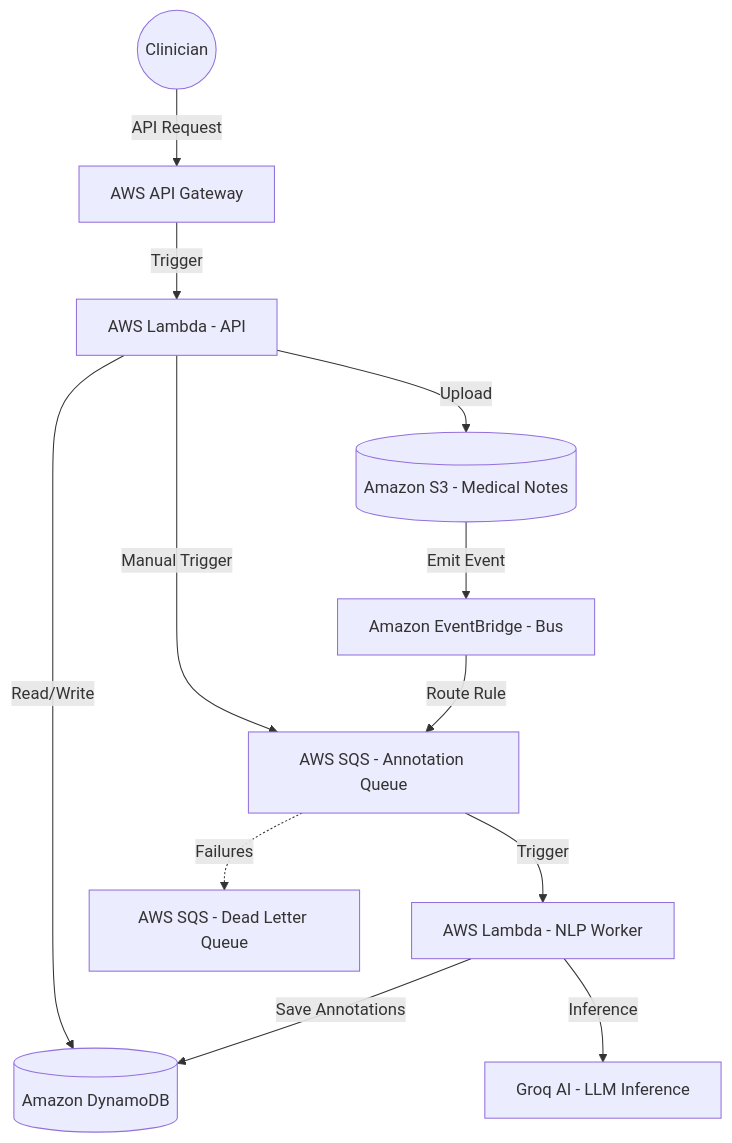
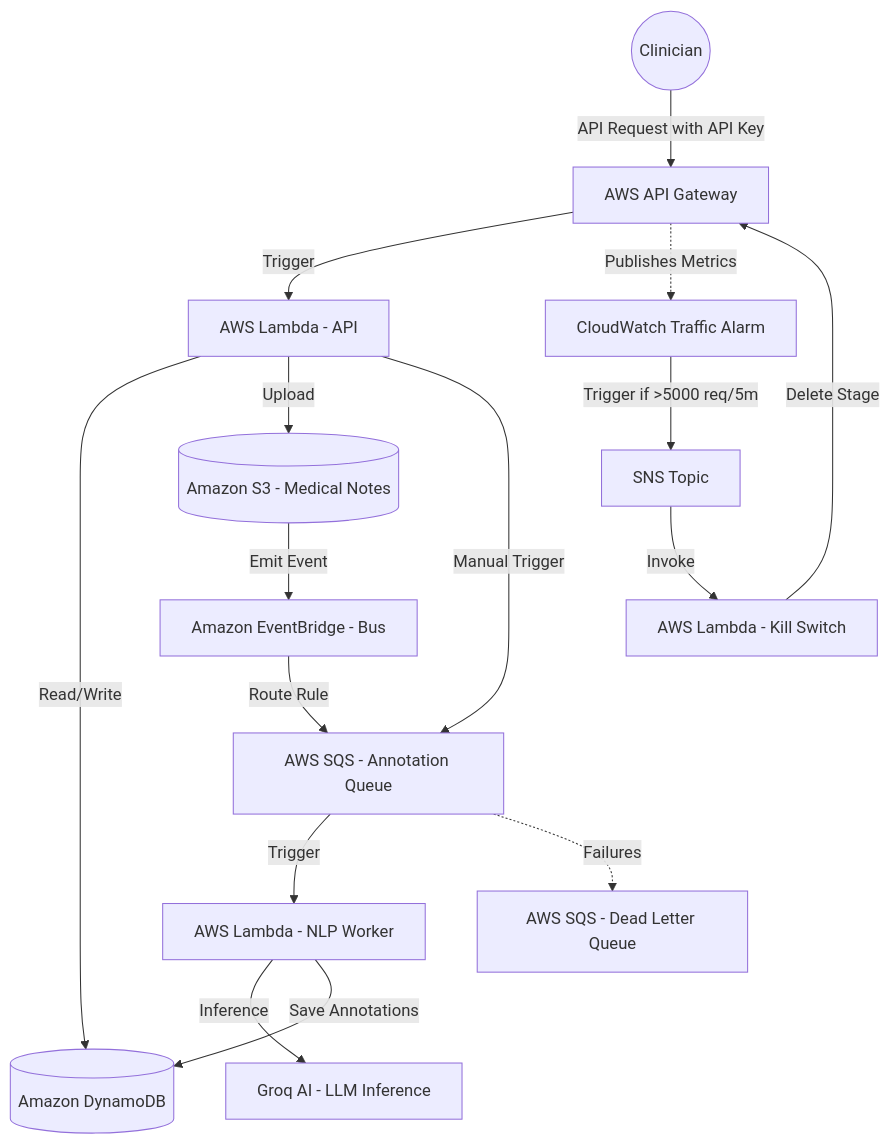
One commit to harsh-vardhhan/EHR-backend changed the diagram in README.md. Above: the diagram before and after it, drawn with Mermaid. The commit also changed other lines of this file and 1 other file, not shown here.

Commit message:
docs: update README with DDoS protection and fix CD deployment pipeline

````diff
--- a/README.md
+++ b/README.md
@@ -13,16 +13,22 @@
 ```mermaid
 graph TD
-    User((Clinician)) -->|API Request| APIGateway[AWS API Gateway]
+    User((Clinician)) -->|API Request with API Key| APIGateway[AWS API Gateway]
     APIGateway -->|Trigger| LambdaAPI[AWS Lambda - API]
     LambdaAPI -->|Read/Write| DynamoDB[(Amazon DynamoDB)]
     LambdaAPI -->|Upload| S3[(Amazon S3 - Medical Notes)]
     LambdaAPI -->|Manual Trigger| SQS[AWS SQS - Annotation Queue]
 
     S3 -->|Emit Event| EB[Amazon EventBridge - Bus]
     EB -->|Route Rule| SQS[AWS SQS - Annotation Queue]
     SQS -->|Trigger| LambdaWorker[AWS Lambda - NLP Worker]
     SQS -.->|Failures| DLQ[AWS SQS - Dead Letter Queue]
     
     LambdaWorker -->|Inference| Groq[Groq AI - LLM Inference]
     LambdaWorker -->|Save Annotations| DynamoDB
+
+    %% DDoS Protection
+    APIGateway -.->|Publishes Metrics| CWAlarm[CloudWatch Traffic Alarm]
+    CWAlarm -->|Trigger if >5000 req/5m| SNS[SNS Topic]
+    SNS -->|Invoke| LambdaKillSwitch[AWS Lambda - Kill Switch]
+    LambdaKillSwitch -->|Delete Stage| APIGateway
 ```
````
